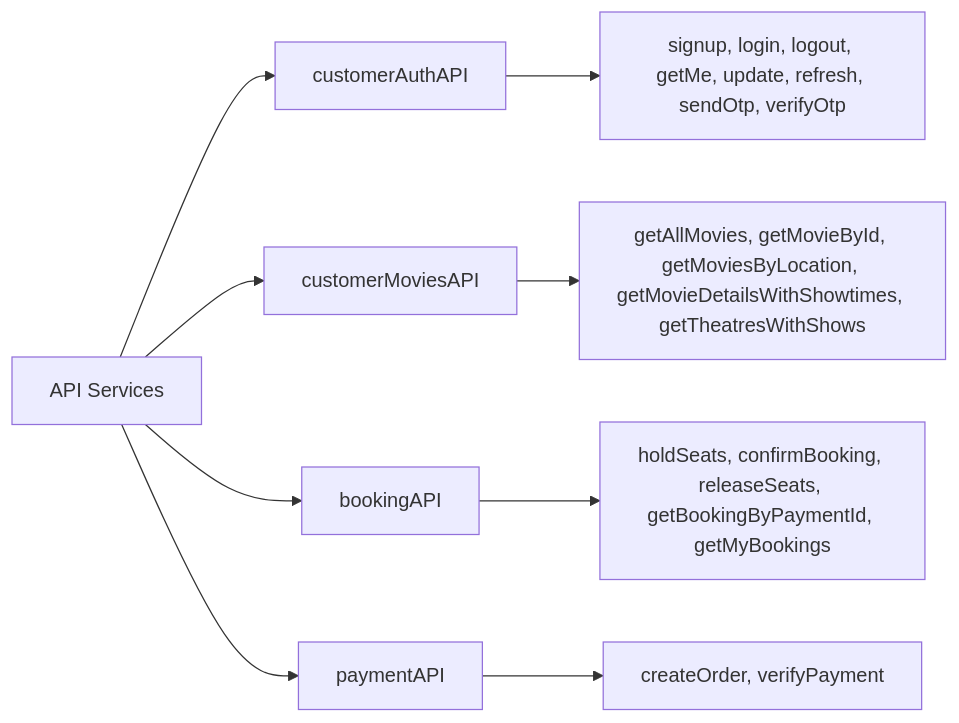
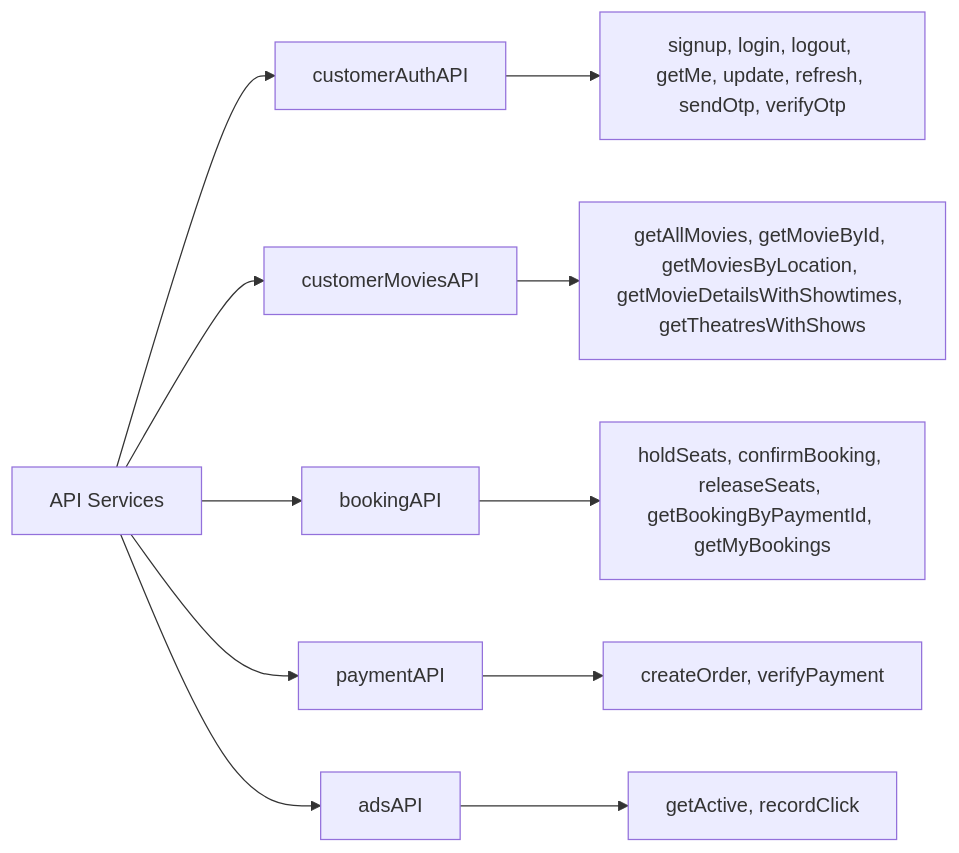
One commit to hduraimurugan/cinema-app-docs changed diagram 13 of 19 in users.md. Above: the diagram before and after it, drawn with Mermaid. The commit also changed other lines of this file and 4 other files, not shown here.

````diff
--- a/users.md
+++ b/users.md
@@ -603,12 +621,14 @@
 ```mermaid
 graph LR
     A[API Services] --> B[customerAuthAPI]
     A --> C[customerMoviesAPI]
     A --> D[bookingAPI]
     A --> E[paymentAPI]
+    A --> F2[adsAPI]
 
     B --> F[signup, login, logout, getMe, update, refresh, sendOtp, verifyOtp]
     C --> G[getAllMovies, getMovieById, getMoviesByLocation, getMovieDetailsWithShowtimes, getTheatresWithShows]
     D --> H[holdSeats, confirmBooking, releaseSeats, getBookingByPaymentId, getMyBookings]
     E --> I[createOrder, verifyPayment]
+    F2 --> J[getActive, recordClick]
 ```
````
